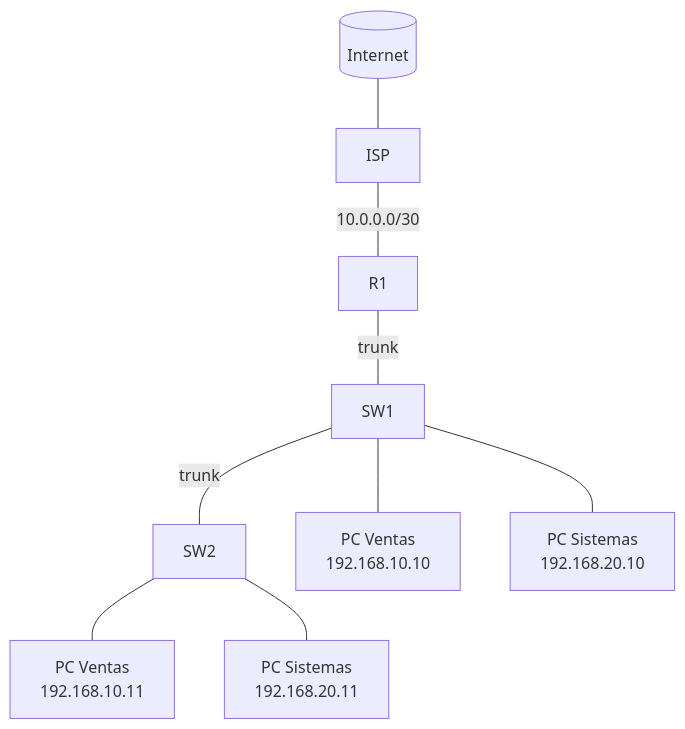
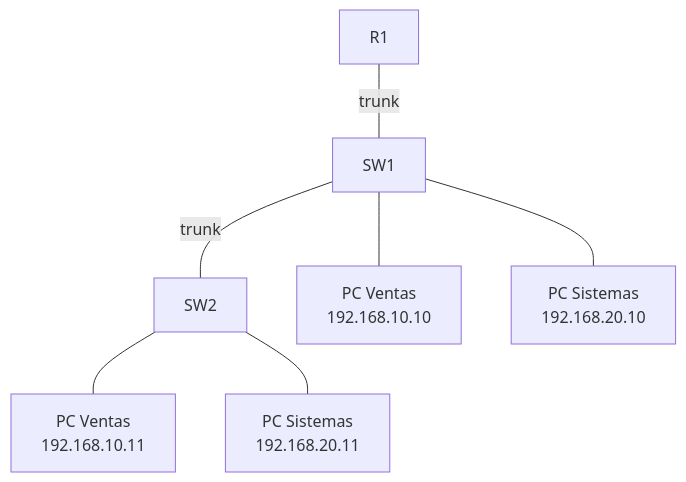
The diagram in src/content/docs/03-network-configuration/exercise.md (fuis18/ccna-net), drawn with Mermaid before and after one commit. The commit also changed other lines of this file and 8 other files, not shown here.

````diff
--- a/src/content/docs/03-network-configuration/exercise.md
+++ b/src/content/docs/03-network-configuration/exercise.md
@@ -10,11 +11,9 @@
 ```mermaid
 graph TB
-    I[(Internet)] --- ISP
-    ISP[ISP] ---|10.0.0.0/30| R1
     SW1[SW1] ---|trunk| SW2[SW2]
     R1[R1] ---|trunk| SW1
     SW1 --- V1[PC Ventas<br/>192.168.10.10]
     SW1 --- S1[PC Sistemas<br/>192.168.20.10]
     SW2 --- V2[PC Ventas<br/>192.168.10.11]
     SW2 --- S2[PC Sistemas<br/>192.168.20.11]
 ```
````
